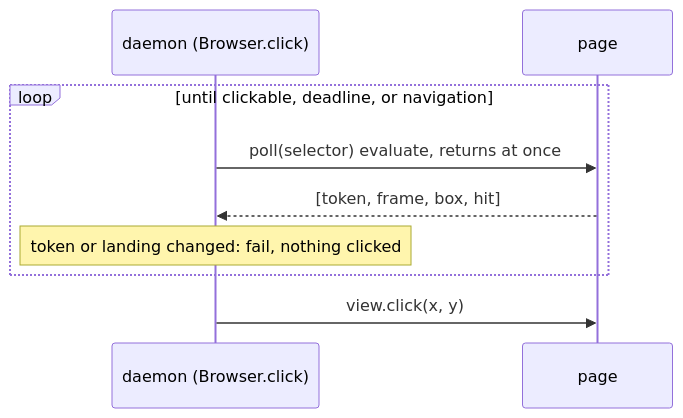
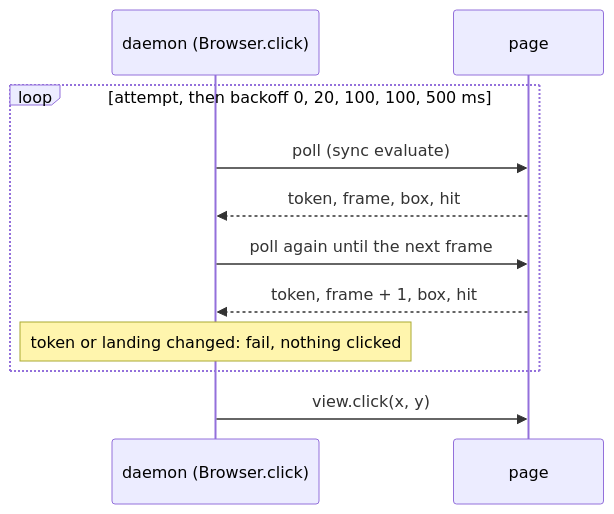
Before and after one commit to drakulavich/bowser: the diagram in docs/superpowers/specs/2026-10-30-click-actionability-wait-design.md, drawn with Mermaid. The commit also changed other lines of this file, not shown here.

````diff
--- a/docs/superpowers/specs/2026-10-30-click-actionability-wait-design.md
+++ b/docs/superpowers/specs/2026-10-30-click-actionability-wait-design.md
@@ -56,11 +103,13 @@
 ```mermaid
 sequenceDiagram
   participant D as daemon (Browser.click)
   participant P as page
-  loop until clickable, deadline, or navigation
-    D->>P: poll(selector) evaluate, returns at once
-    P-->>D: [token, frame, box, hit]
+  loop attempt, then backoff 0, 20, 100, 100, 500 ms
+    D->>P: poll (sync evaluate)
+    P-->>D: token, frame, box, hit
+    D->>P: poll again until the next frame
+    P-->>D: token, frame + 1, box, hit
     Note over D: token or landing changed: fail, nothing clicked
   end
   D->>P: view.click(x, y)
 ```
````
